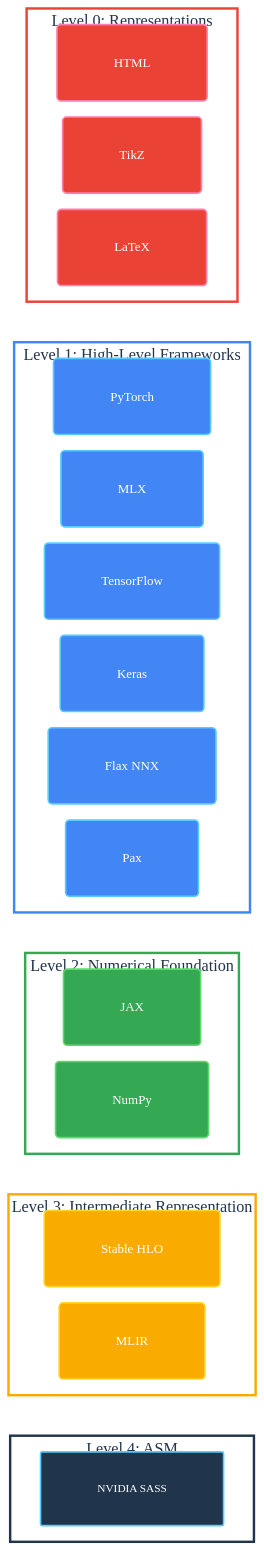
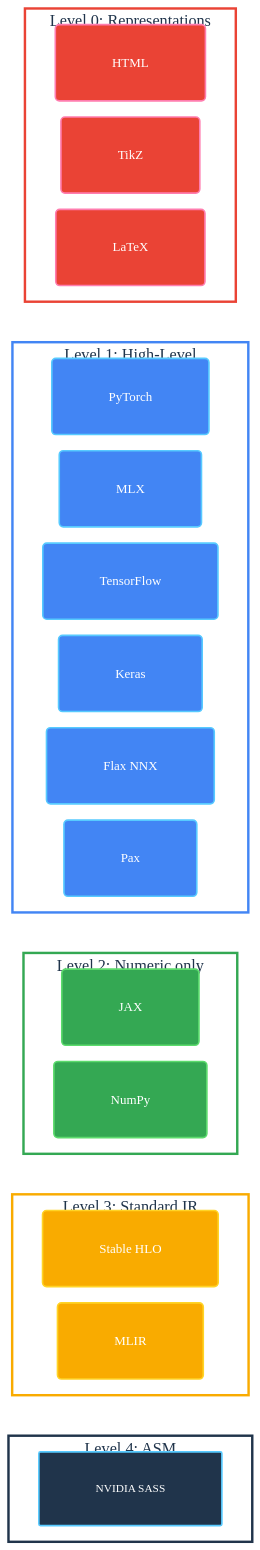
Before and after one commit to SamuelMarks/ml-switcheroo: the first of 2 diagrams in README.md, drawn with Mermaid. The commit also changed 22 other files, not shown here.

````diff
--- a/README.md
+++ b/README.md
@@ -21,82 +21,82 @@
 ```mermaid
 %%{init: {'flowchart': {'rankSpacing': 50, 'nodeSpacing': 20, 'padding': 35}}}%%
 flowchart TD
 
 %% --- 1. Font & Node Styling ---
 
 %% Level 0: Red (Representations)
     classDef l0Node fill: #ea4335, stroke: #ff7daf, stroke-width: 2px, color: #ffffff, font-family: 'Google Sans Normal', font-size: 16px, rx: 5px, ry: 5px;
 
 %% Level 1: Blue (Frameworks)
     classDef l1Node fill: #4285f4, stroke: #57caff, stroke-width: 2px, color: #ffffff, font-family: 'Google Sans Normal', font-size: 16px, rx: 5px, ry: 5px;
 
 %% Level 2: Green (Numerical)
     classDef l2Node fill: #34a853, stroke: #5cdb6d, stroke-width: 2px, color: #ffffff, font-family: 'Google Sans Normal', font-size: 16px, rx: 5px, ry: 5px;
 
 %% Level 3: Yellow (Intermediate)
     classDef l3Node fill: #f9ab00, stroke: #ffd427, stroke-width: 2px, color: #ffffff, font-family: 'Google Sans Normal', font-size: 16px, rx: 5px, ry: 5px;
 
 %% Hardware: Navy (SASS) - Roboto Mono
     classDef sassNode fill: #20344b, stroke: #57caff, stroke-width: 2px, color: #ffffff, font-family: 'Roboto Mono Normal', font-size: 14px, rx: 2px, ry: 2px;
 
 %% --- 2. Subgraph Styling --- 
 %% White backgrounds to ensure text readability + visual grouping
     classDef containerL0 fill: #ffffff, stroke: #ea4335, stroke-width: 3px, color: #20344b, font-family: 'Google Sans Medium', font-size: 20px;
     classDef containerL1 fill: #ffffff, stroke: #4285f4, stroke-width: 3px, color: #20344b, font-family: 'Google Sans Medium', font-size: 20px;
     classDef containerL2 fill: #ffffff, stroke: #34a853, stroke-width: 3px, color: #20344b, font-family: 'Google Sans Medium', font-size: 20px;
     classDef containerL3 fill: #ffffff, stroke: #f9ab00, stroke-width: 3px, color: #20344b, font-family: 'Google Sans Medium', font-size: 20px;
     classDef containerHW fill: #ffffff, stroke: #20344b, stroke-width: 3px, color: #20344b, font-family: 'Google Sans Medium', font-size: 20px;
 
 %% --- 3. Diagram Structure ---
 
     subgraph L0 [Level 0: Representations]
         direction LR
         HTML
         TikZ
         LaTeX
     end
 
-    subgraph L1 [Level 1: High-Level Frameworks]
+    subgraph L1 [Level 1: High-Level]
         direction LR
         PyTorch
         MLX
         TensorFlow
         Keras
         FlaxNNX[Flax NNX]
         Pax
     end
 
-    subgraph L2 [Level 2: Numerical Foundation]
+    subgraph L2 [Level 2: Numeric only]
         direction LR
         JAX
         NumPy
     end
 
-    subgraph L3 [Level 3: Intermediate Representation]
+    subgraph L3 [Level 3: Standard IR]
         direction LR
         StableHLO[Stable HLO]
         MLIR
     end
 
     subgraph LBottom [Level 4: ASM]
         direction LR
         SASS[NVIDIA SASS]
     end
 
 %% --- 4. Connections ---
     TikZ ~~~ TensorFlow
     TensorFlow ~~~ JAX
     JAX ~~~ StableHLO
     StableHLO ~~~ SASS
 %% --- 5. Apply Styles ---
     class HTML,TikZ,LaTeX l0Node;
     class PyTorch,MLX,TensorFlow,Keras,FlaxNNX,Pax l1Node;
     class JAX,NumPy l2Node;
     class StableHLO,MLIR l3Node;
     class SASS sassNode;
     class L0 containerL0;
     class L1 containerL1;
     class L2 containerL2;
     class L3 containerL3;
     class LBottom containerHW;
 ```
````
